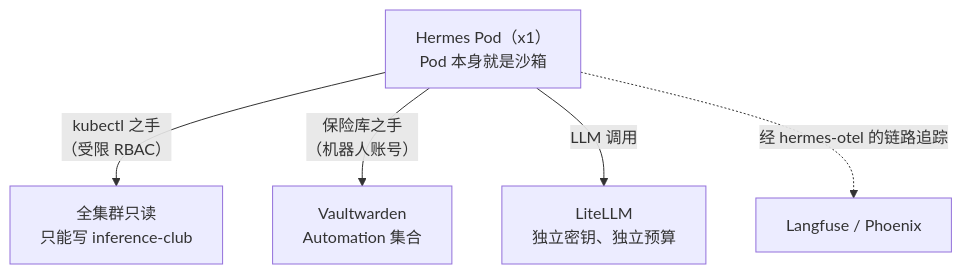
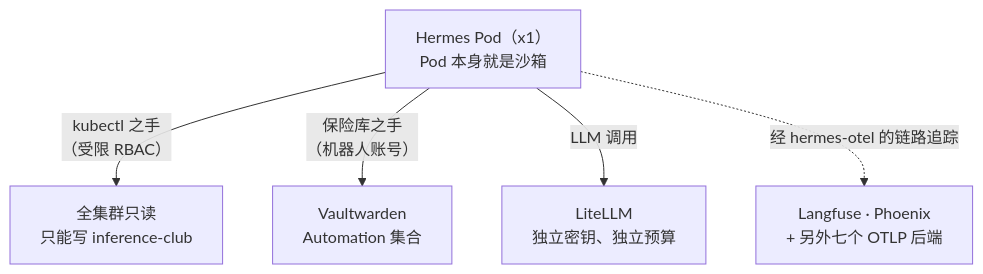
Before and after one commit to briancaffey/home-lab: the diagram in docs-site/i18n/zh-Hans/docusaurus-plugin-content-docs/current/ai/hermes.md, drawn with Mermaid. The commit also changed other lines of this file and 16 other files, not shown here.

First line of the commit message:
docs-site: the hermes-otel backend fleet — service page, cross-links, draft lab-note

````diff
--- a/docs-site/i18n/zh-Hans/docusaurus-plugin-content-docs/current/ai/hermes.md
+++ b/docs-site/i18n/zh-Hans/docusaurus-plugin-content-docs/current/ai/hermes.md
@@ -18,8 +18,8 @@
 ```mermaid
 flowchart TD
     H["Hermes Pod（x1）<br/>Pod 本身就是沙箱"]
     H -->|"kubectl 之手<br/>（受限 RBAC）"| K["全集群只读<br/>只能写 inference-club"]
     H -->|"保险库之手<br/>（机器人账号）"| V["Vaultwarden<br/>Automation 集合"]
     H -->|"LLM 调用"| L["LiteLLM<br/>独立密钥、独立预算"]
-    H -.经 hermes-otel 的链路追踪.-> P["Langfuse / Phoenix"]
+    H -.经 hermes-otel 的链路追踪.-> P["Langfuse · Phoenix<br/>+ 另外七个 OTLP 后端"]
 ```
````
